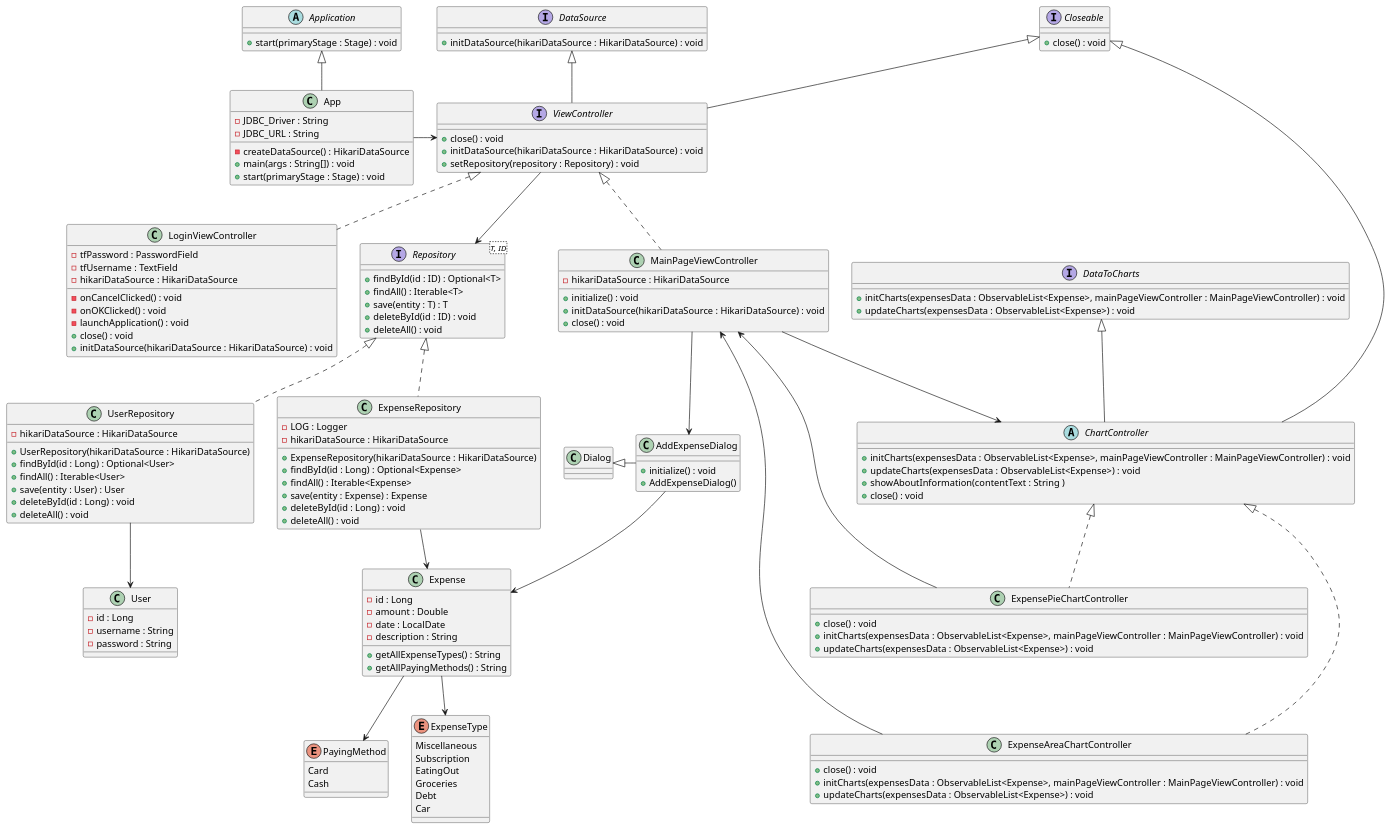
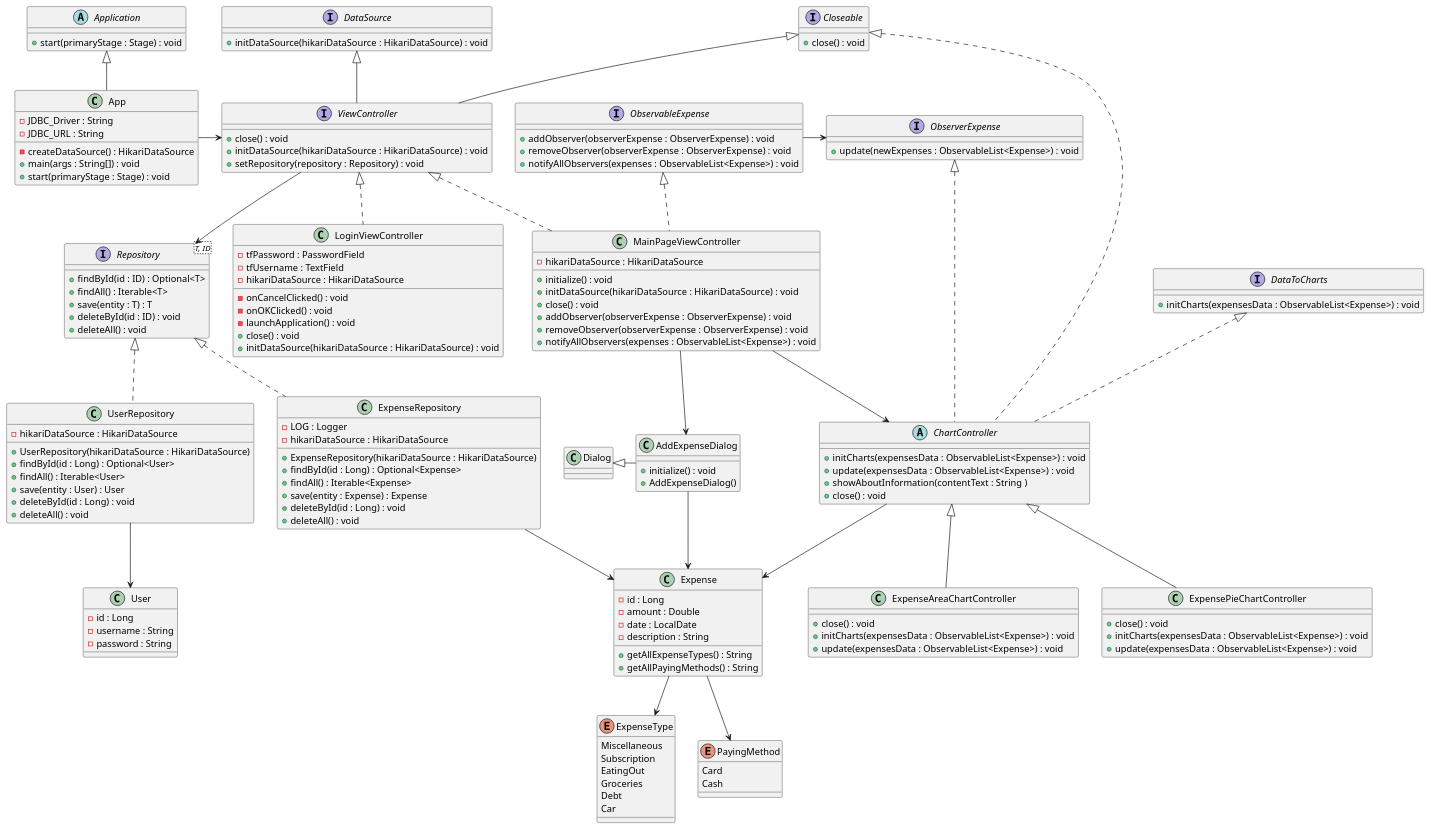
One commit to Bert0ns/ExpenseTracker changed the diagram in UML/ClassDiagram/ClassDiagram.puml. Above: the diagram before and after it, drawn with PlantUML. The commit also changed 10 other files, not shown here.

```diff
--- a/UML/ClassDiagram/ClassDiagram.puml
+++ b/UML/ClassDiagram/ClassDiagram.puml
@@ -1,165 +1,175 @@
 @startuml
 abstract class Application {
     + start(primaryStage : Stage) : void
 }
 class App {
     - JDBC_Driver : String
     - JDBC_URL : String
     - createDataSource() : HikariDataSource
     + main(args : String[]) : void
     + start(primaryStage : Stage) : void
 }
 
 
 interface DataSource {
     + initDataSource(hikariDataSource : HikariDataSource) : void
 }
 interface Closeable {
     + close() : void
 }
 interface ViewController{
    + close() : void
    + initDataSource(hikariDataSource : HikariDataSource) : void
    + setRepository(repository : Repository) : void
 }
 interface Repository<T, ID>{
      + findById(id : ID) : Optional<T>
      + findAll() : Iterable<T>
      + save(entity : T) : T
      + deleteById(id : ID) : void
      + deleteAll() : void
 }
 
 class LoginViewController {
     - tfPassword : PasswordField
     - tfUsername : TextField
     - hikariDataSource : HikariDataSource
     - onCancelClicked() : void
     - onOKClicked() : void
     - launchApplication() : void
     + close() : void
     + initDataSource(hikariDataSource : HikariDataSource) : void
 }
 
 class MainPageViewController {
     - hikariDataSource : HikariDataSource
     + initialize() : void
     + initDataSource(hikariDataSource : HikariDataSource) : void
     + close() : void
+    + addObserver(observerExpense : ObserverExpense) : void
+    + removeObserver(observerExpense : ObserverExpense) : void
+    + notifyAllObservers(expenses : ObservableList<Expense>) : void
+}
+
+interface ObservableExpense {
+    + addObserver(observerExpense : ObserverExpense) : void
+    + removeObserver(observerExpense : ObserverExpense) : void
+    + notifyAllObservers(expenses : ObservableList<Expense>) : void
+}
+interface ObserverExpense {
+    + update(newExpenses : ObservableList<Expense>) : void
 }
 
 interface DataToCharts {
-    + initCharts(expensesData : ObservableList<Expense>, mainPageViewController : MainPageViewController) : void
-    + updateCharts(expensesData : ObservableList<Expense>) : void
+    + initCharts(expensesData : ObservableList<Expense>) : void
 }
 
 abstract class ChartController {
-    + initCharts(expensesData : ObservableList<Expense>, mainPageViewController : MainPageViewController) : void
-    + updateCharts(expensesData : ObservableList<Expense>) : void
+    + initCharts(expensesData : ObservableList<Expense>) : void
+    + update(expensesData : ObservableList<Expense>) : void
     + showAboutInformation(contentText : String )
     + close() : void
 }
-
 class ExpenseAreaChartController {
     + close() : void
-    + initCharts(expensesData : ObservableList<Expense>, mainPageViewController : MainPageViewController) : void
-    + updateCharts(expensesData : ObservableList<Expense>) : void
+    + initCharts(expensesData : ObservableList<Expense>) : void
+    + update(expensesData : ObservableList<Expense>) : void
 }
-
 class ExpensePieChartController {
     + close() : void
-    + initCharts(expensesData : ObservableList<Expense>, mainPageViewController : MainPageViewController) : void
-    + updateCharts(expensesData : ObservableList<Expense>) : void
+    + initCharts(expensesData : ObservableList<Expense>) : void
+    + update(expensesData : ObservableList<Expense>) : void
 }
 
 class ExpenseRepository {
     - LOG : Logger
     - hikariDataSource : HikariDataSource
     + ExpenseRepository(hikariDataSource : HikariDataSource)
     + findById(id : Long) : Optional<Expense>
     + findAll() : Iterable<Expense>
     + save(entity : Expense) : Expense
     + deleteById(id : Long) : void
     + deleteAll() : void
 }
 
 class Expense {
     - id : Long
     - amount : Double
     - date : LocalDate
     - description : String
 
     + getAllExpenseTypes() : String
     + getAllPayingMethods() : String
 }
 enum ExpenseType {
     Miscellaneous
     Subscription
     EatingOut
     Groceries
     Debt
     Car
 }
 enum PayingMethod {
     Card
     Cash
 }
 
 class UserRepository {
     - hikariDataSource : HikariDataSource
     + UserRepository(hikariDataSource : HikariDataSource)
     + findById(id : Long) : Optional<User>
     + findAll() : Iterable<User>
     + save(entity : User) : User
     + deleteById(id : Long) : void
     + deleteAll() : void
 }
 class User {
     - id : Long
     - username : String
     - password : String
 }
 
 class AddExpenseDialog {
     + initialize() : void
     + AddExpenseDialog()
 }
 
 
-
 Application <|-- App
 App -> ViewController
 
 DataSource <|-- ViewController
 Closeable <|-- ViewController
 
 ViewController --> Repository
 
 ViewController <|.. LoginViewController
 
 ViewController <|.. MainPageViewController
+ObservableExpense <|.. MainPageViewController
 MainPageViewController --> ChartController
 MainPageViewController --> AddExpenseDialog
 
-Closeable <|-- ChartController
-DataToCharts <|-- ChartController
+ObservableExpense -> ObserverExpense
 
-ChartController <|... ExpenseAreaChartController
-ExpenseAreaChartController --> MainPageViewController
+Closeable <|.. ChartController
+DataToCharts <|.. ChartController
 
-ChartController <|.. ExpensePieChartController
-ExpensePieChartController --> MainPageViewController
+ObserverExpense <|.. ChartController
+ChartController <|-- ExpenseAreaChartController
+ChartController <|-- ExpensePieChartController
+ChartController --> Expense
 
 Repository <|.. ExpenseRepository
 ExpenseRepository --> Expense
 
 Repository <|.. UserRepository
 UserRepository --> User
 
 Expense --> ExpenseType
 Expense --> PayingMethod
 
 Dialog <|- AddExpenseDialog
 AddExpenseDialog -> Expense
 
 @enduml
```
